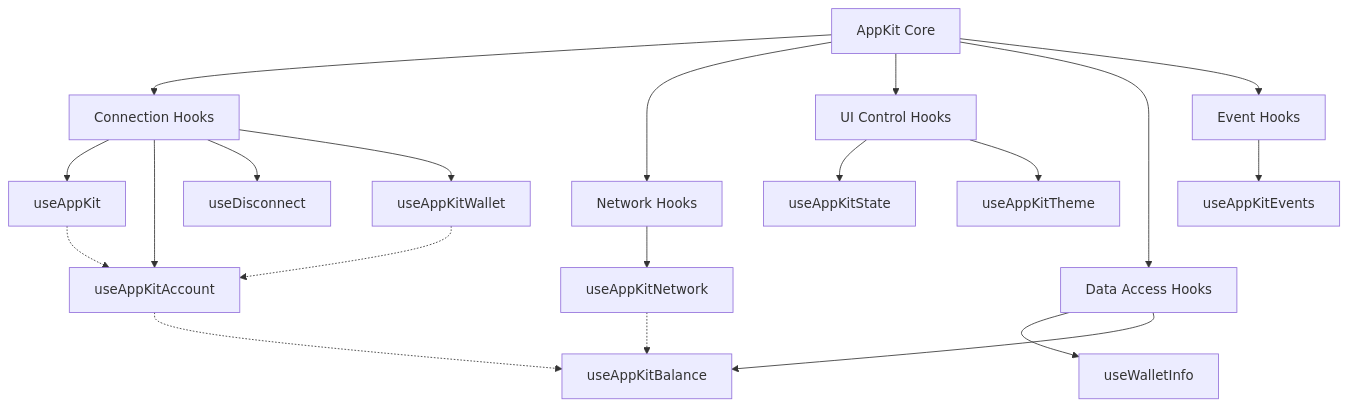
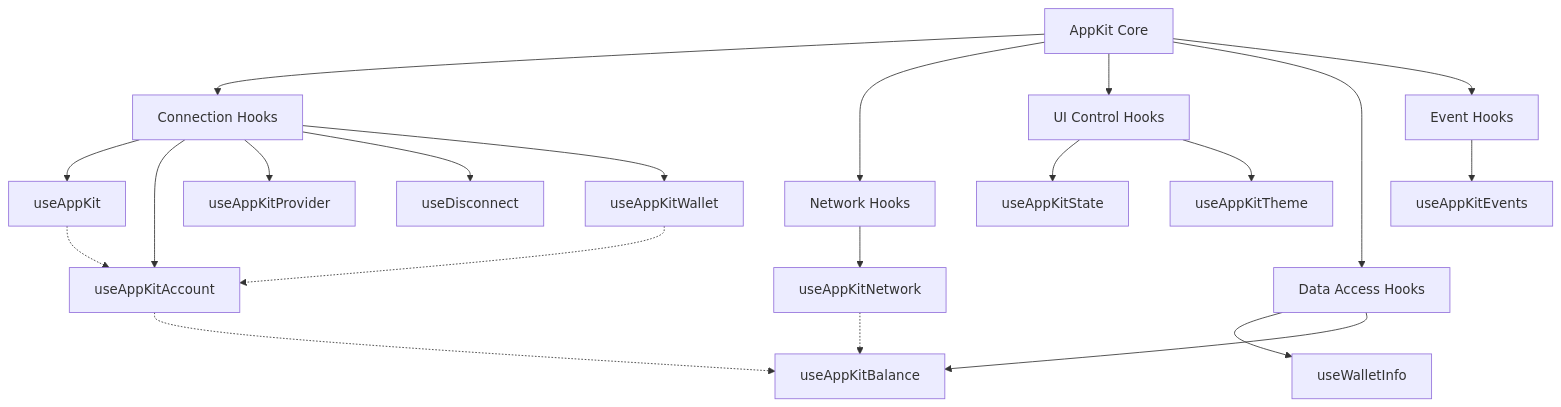
Before and after one commit to reown-com/reown-docs: the diagram in appkit/react/core/hooks.mdx, drawn with Mermaid. The commit also changed other lines of this file, not shown here.

First line of the commit message:
Add useAppKitProvider hook documentation with EIP155, Solana, and Bitcoin adapter examples

````diff
--- a/appkit/react/core/hooks.mdx
+++ b/appkit/react/core/hooks.mdx
@@ -26,28 +26,29 @@
 ```mermaid
 graph TD
   AppKit[AppKit Core] --> ConnHooks[Connection Hooks]
   AppKit --> NetworkHooks[Network Hooks]
   AppKit --> UIHooks[UI Control Hooks]
   AppKit --> DataHooks[Data Access Hooks]
   AppKit --> EventHooks[Event Hooks]
   
   ConnHooks --> useAppKit
   ConnHooks --> useAppKitAccount
+  ConnHooks --> useAppKitProvider
   ConnHooks --> useDisconnect
   ConnHooks --> useAppKitWallet
   
   NetworkHooks --> useAppKitNetwork
   
   UIHooks --> useAppKitState
   UIHooks --> useAppKitTheme
   
   DataHooks --> useWalletInfo
   DataHooks --> useAppKitBalance
   
   EventHooks --> useAppKitEvents
   
   useAppKit -.-> useAppKitAccount
   useAppKitAccount -.-> useAppKitBalance
   useAppKitNetwork -.-> useAppKitBalance
   useAppKitWallet -.-> useAppKitAccount
 ```
````
